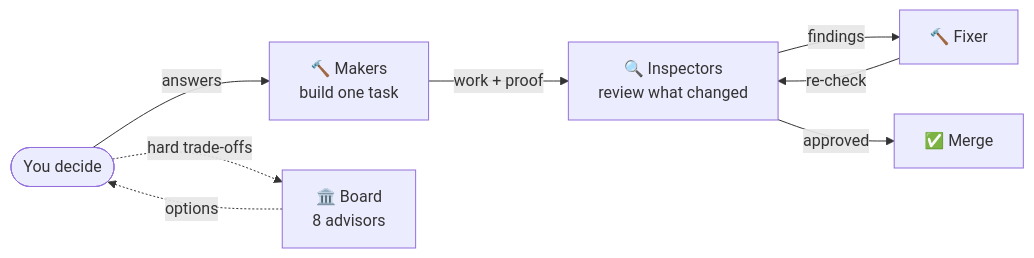
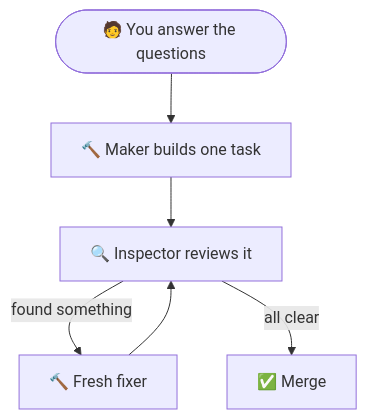
Before and after one commit to mgionas/ai-dev-guild: the first of 2 diagrams in README.md, drawn with Mermaid. The commit also changed other lines of this file, not shown here.

Commit message:
Diagrams that read at phone width

````diff
--- a/README.md
+++ b/README.md
@@ -72,10 +72,8 @@
 ```mermaid
-flowchart LR
-    You([You decide]) -->|answers| B[🔨 Makers<br>build one task]
-    B -->|work + proof| I[🔍 Inspectors<br>review what changed]
-    I -->|findings| F[🔨 Fixer]
-    F -->|re-check| I
-    I -->|approved| M[✅ Merge]
-    You -.->|hard trade-offs| Board[🏛️ Board<br>8 advisors]
-    Board -.->|options| You
+flowchart TD
+    You([🧑 You answer the questions]) --> B[🔨 Maker builds one task]
+    B --> I[🔍 Inspector reviews it]
+    I -->|found something| F[🔨 Fresh fixer]
+    F --> I
+    I -->|all clear| M[✅ Merge]
 ```
````
